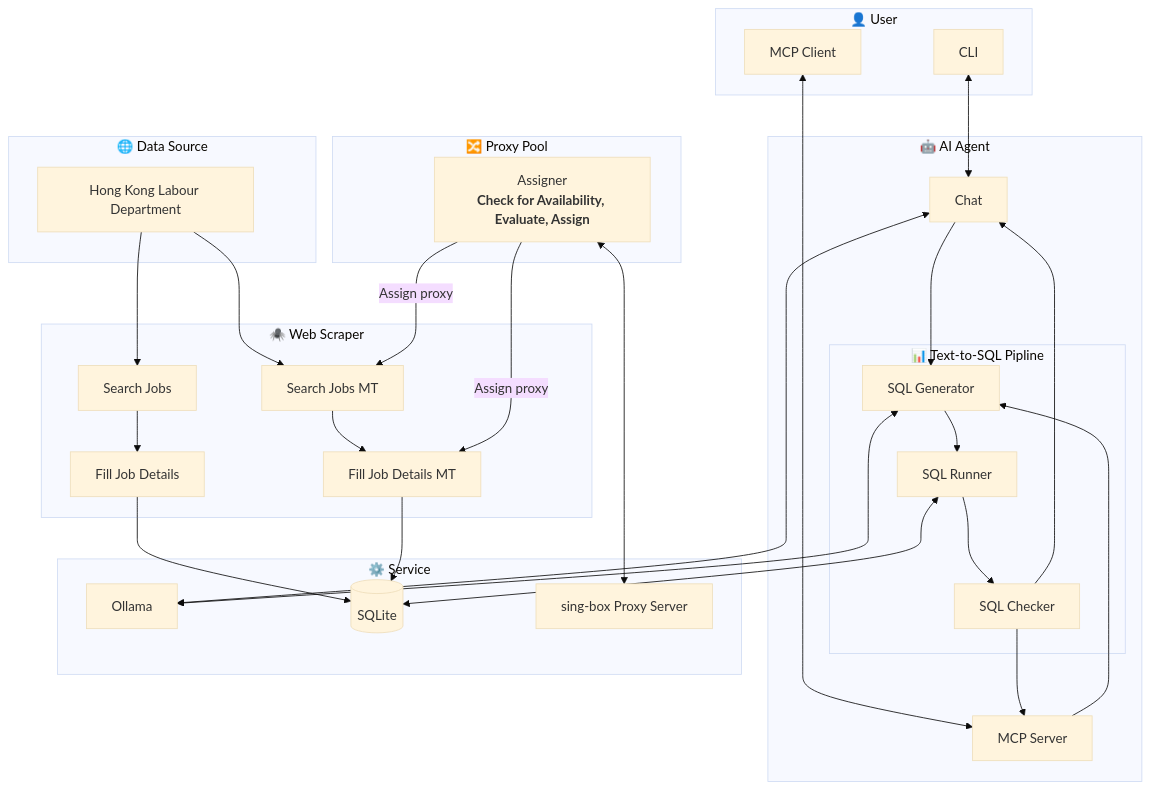
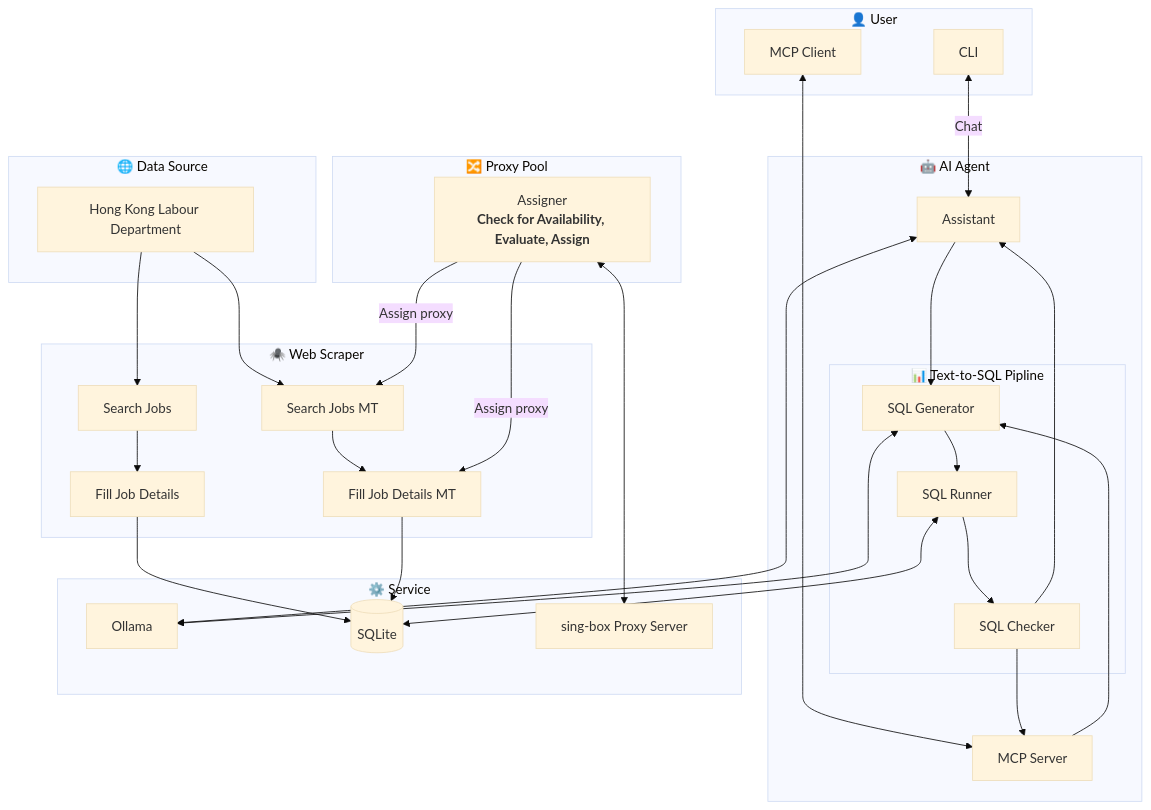
The diagram in README.md (JJ-Jacko/jobs_hk), drawn with Mermaid (base theme) before and after one commit. The commit also changed 2 other files, not shown here.

Commit message:
refactor(README.Sturcture): chat -> assistant.

````diff
--- a/README.md
+++ b/README.md
@@ -51,70 +51,70 @@
 ```mermaid
 flowchart
     subgraph User["👤 User"]
         CLI[CLI]
         MCP_CLIENT[MCP Client]
     end
 
     subgraph Scraper["🕷️ Web Scraper"]
         search_job[Search Jobs]
         search_job_mt[Search Jobs MT]
         fill_job[Fill Job Details]
         fill_job_mt[Fill Job Details MT]
     end
 
     subgraph ProxyPool["🔀 Proxy Pool"]
         assigner[Assigner<br><strong>Check for Availability, Evaluate, Assign<strong/>]
     end
 
     subgraph SQL_pipline["📊 Text-to-SQL Pipline"]
         SQL_generator[SQL Generator]
         SQL_runner[SQL Runner]
         SQL_checker[SQL Checker]
     end
 
     subgraph AI["🤖 AI Agent"]
-        chat[Chat]
+        assistant[Assistant]
         MCP_server[MCP Server]
         SQL_pipline
     end
 
     subgraph Service["⚙️ Service"]
         Ollama[Ollama]
         SQLite[(SQLite)]
         proxy_server["sing-box Proxy Server"]
     end
 
     subgraph DataSource["🌐 Data Source"]
         web_src[Hong Kong Labour Department]
     end
 
-    CLI <--> chat
+    CLI <-->|Chat| assistant
     MCP_CLIENT <--> MCP_server
 
-    chat <--> Ollama
-    chat --> SQL_generator
+    assistant <--> Ollama
+    assistant --> SQL_generator
 
     MCP_server --> SQL_generator
 
     SQL_generator --> SQL_runner
     SQL_generator <--> Ollama
 
     SQL_runner --> SQL_checker
     SQL_runner <--> SQLite
 
-    SQL_checker --> chat
+    SQL_checker --> assistant
     SQL_checker --> MCP_server
 
     web_src --> search_job
     web_src --> search_job_mt
 
     search_job --> fill_job
     search_job_mt --> fill_job_mt
 
     fill_job --> SQLite
     fill_job_mt --> SQLite
 
     assigner -->|Assign proxy| search_job_mt
     assigner -->|Assign proxy| fill_job_mt
     assigner <--> proxy_server
 ```
````
